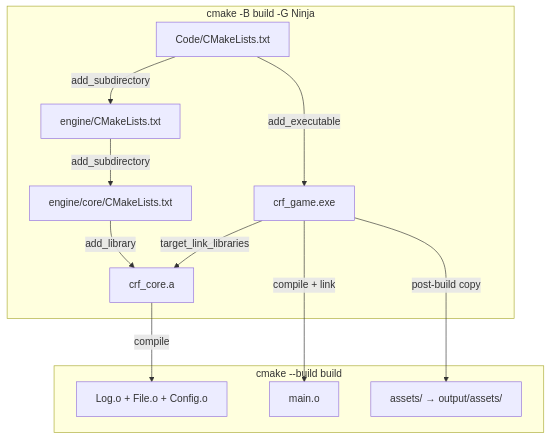
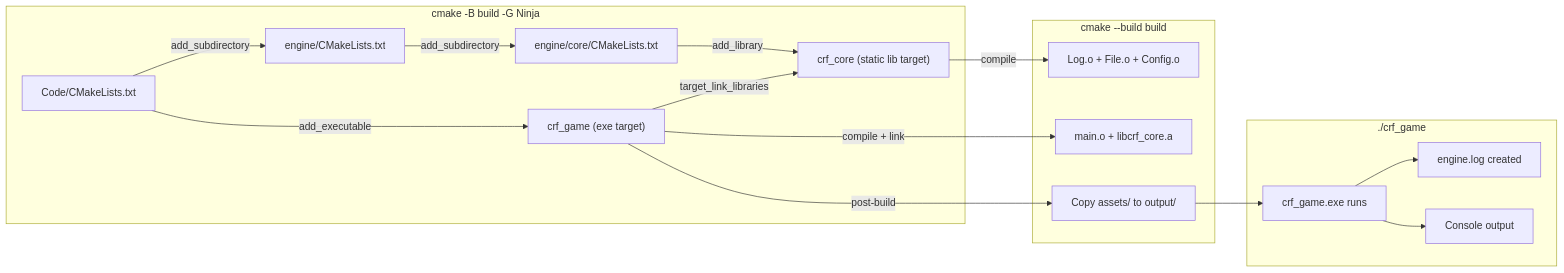
Before and after one commit to BiggieBranose/Chronica-Regna-Fractorum: the fifth of 5 diagrams in Code/README.md, drawn with Mermaid. The commit also changed other lines of this file, not shown here.

First line of the commit message:
Full line-by-line README with corrected Mermaid diagrams

````diff
--- a/Code/README.md
+++ b/Code/README.md
@@ -373,16 +1726,23 @@
 ```mermaid
-graph TD
+flowchart LR
     subgraph Configure["cmake -B build -G Ninja"]
-        ROOT[Code/CMakeLists.txt] -->|add_subdirectory| ENG[engine/CMakeLists.txt]
-        ENG -->|add_subdirectory| CORE_CMAKE[engine/core/CMakeLists.txt]
-        CORE_CMAKE -->|add_library| LIBCORE[crf_core.a]
-        ROOT -->|add_executable| GAME_EXE[crf_game.exe]
-        GAME_EXE -->|target_link_libraries| LIBCORE
+        ROOT["Code/CMakeLists.txt"]
+        ROOT -->|add_subdirectory| ENG["engine/CMakeLists.txt"]
+        ENG -->|add_subdirectory| CORE_CMAKE["engine/core/CMakeLists.txt"]
+        CORE_CMAKE -->|add_library| LIBCORE["crf_core (static lib target)"]
+        ROOT -->|add_executable| GAME["crf_game (exe target)"]
+        GAME -->|target_link_libraries| LIBCORE
     end
 
     subgraph Build["cmake --build build"]
-        LIBCORE -->|compile| CORE_OBJS[Log.o + File.o + Config.o]
-        GAME_EXE -->|compile + link| main.o
-        GAME_EXE -->|post-build copy| ASSETS[assets/ → output/assets/]
+        LIBCORE -->|compile| OBJS["Log.o + File.o + Config.o"]
+        GAME -->|compile + link| MAIN["main.o + libcrf_core.a"]
+        GAME -->|post-build| COPY["Copy assets/ to output/"]
+    end
+
+    subgraph Run["./crf_game"]
+        COPY --> RUNEXE["crf_game.exe runs"]
+        RUNEXE --> LOG["engine.log created"]
+        RUNEXE --> CONSOLE["Console output"]
     end
 ```
````
